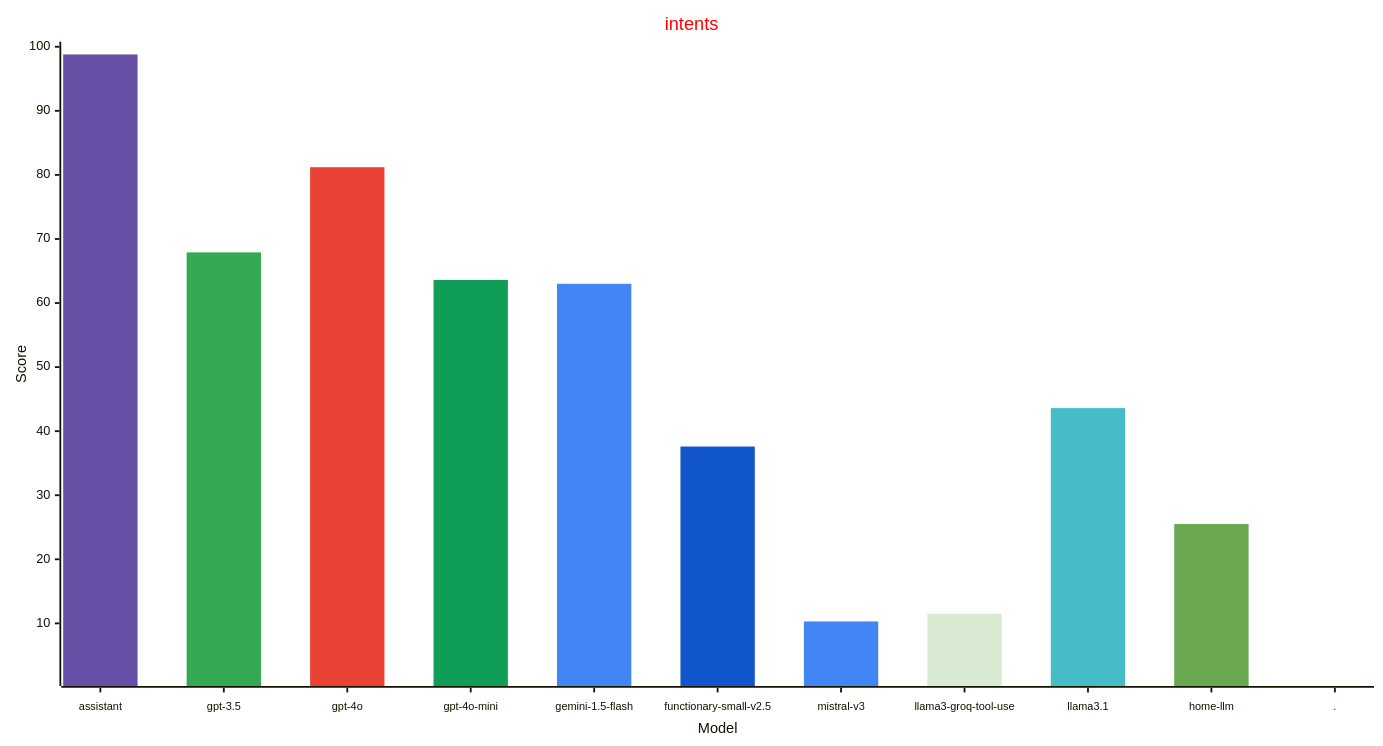
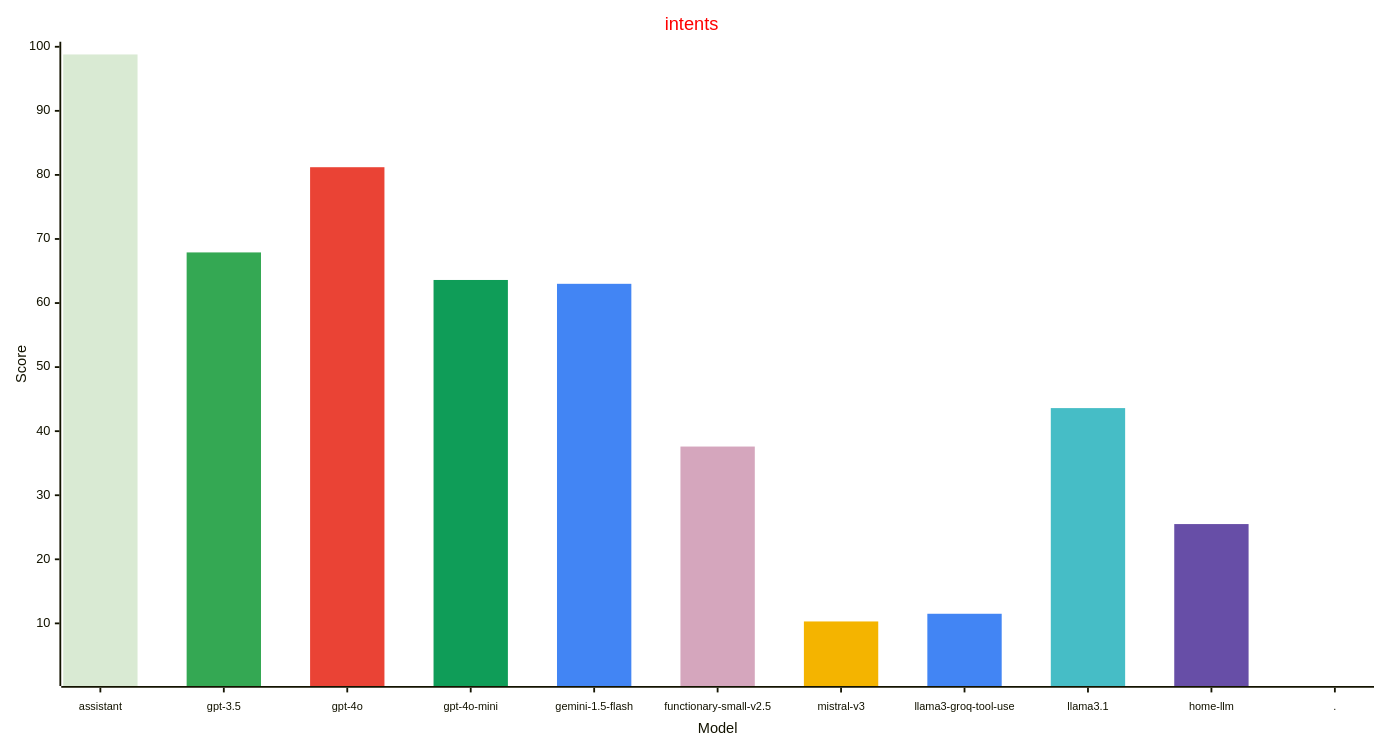
The third of 3 diagrams in reports/README.md (allenporter/home-assistant-datasets), drawn with Mermaid before and after one commit. The commit also changed other lines of this file and 263 other files, not shown here.

````diff
--- a/reports/README.md
+++ b/reports/README.md
@@ -143,31 +149,31 @@
 ```mermaid
 ---
 config:
     xyChart:
         width: 1500
         height: 800
         xAxis:
           labelFontSize: 12
           labelPadding: 8
     themeVariables:
         xyChart:
             titleColor: "#ff0000"
-            plotColorPalette: "#674ea7, #34a853, #ea4335, #0f9d58, #4285f4, #1155cc, #4285f4, #d9ead3, #46bdc6, #6aa84f, #4285f4"
+            plotColorPalette: "#d9ead3, #34a853, #ea4335, #0f9d58, #4285f4, #d5a6bd, #f4b400, #4285f4, #46bdc6, #674ea7, #4285f4"
 
 ---
 xychart-beta
   title "intents"
   x-axis "Model" [assistant, gpt-3.5, gpt-4o, gpt-4o-mini, gemini-1.5-flash, functionary-small-v2.5, mistral-v3, llama3-groq-tool-use, llama3.1, home-llm, .]
   y-axis "Score" 1 --> 100
   bar [98.8, 0.0, 0.0, 0.0, 0.0, 0.0, 0.0, 0.0, 0.0, 0.0, 0.0]
   bar [0.0, 67.9, 0.0, 0.0, 0.0, 0.0, 0.0, 0.0, 0.0, 0.0, 0.0]
   bar [0.0, 0.0, 81.2, 0.0, 0.0, 0.0, 0.0, 0.0, 0.0, 0.0, 0.0]
   bar [0.0, 0.0, 0.0, 63.6, 0.0, 0.0, 0.0, 0.0, 0.0, 0.0, 0.0]
   bar [0.0, 0.0, 0.0, 0.0, 63.0, 0.0, 0.0, 0.0, 0.0, 0.0, 0.0]
   bar [0.0, 0.0, 0.0, 0.0, 0.0, 37.6, 0.0, 0.0, 0.0, 0.0, 0.0]
   bar [0.0, 0.0, 0.0, 0.0, 0.0, 0.0, 10.3, 0.0, 0.0, 0.0, 0.0]
   bar [0.0, 0.0, 0.0, 0.0, 0.0, 0.0, 0.0, 11.5, 0.0, 0.0, 0.0]
   bar [0.0, 0.0, 0.0, 0.0, 0.0, 0.0, 0.0, 0.0, 43.6, 0.0, 0.0]
   bar [0.0, 0.0, 0.0, 0.0, 0.0, 0.0, 0.0, 0.0, 0.0, 25.5, 0.0]
   bar [0.0, 0.0, 0.0, 0.0, 0.0, 0.0, 0.0, 0.0, 0.0, 0.0, -1.0]
 ```
````
